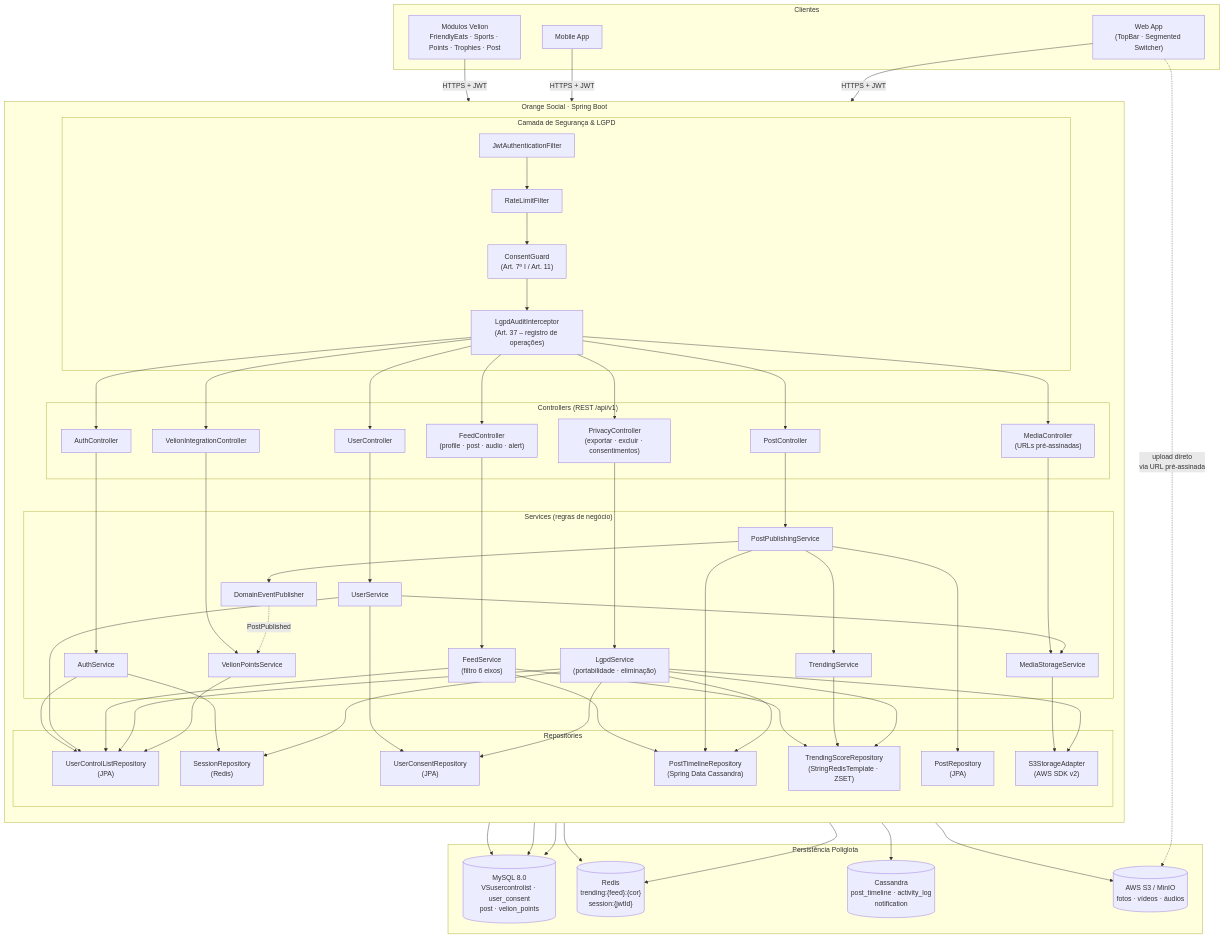
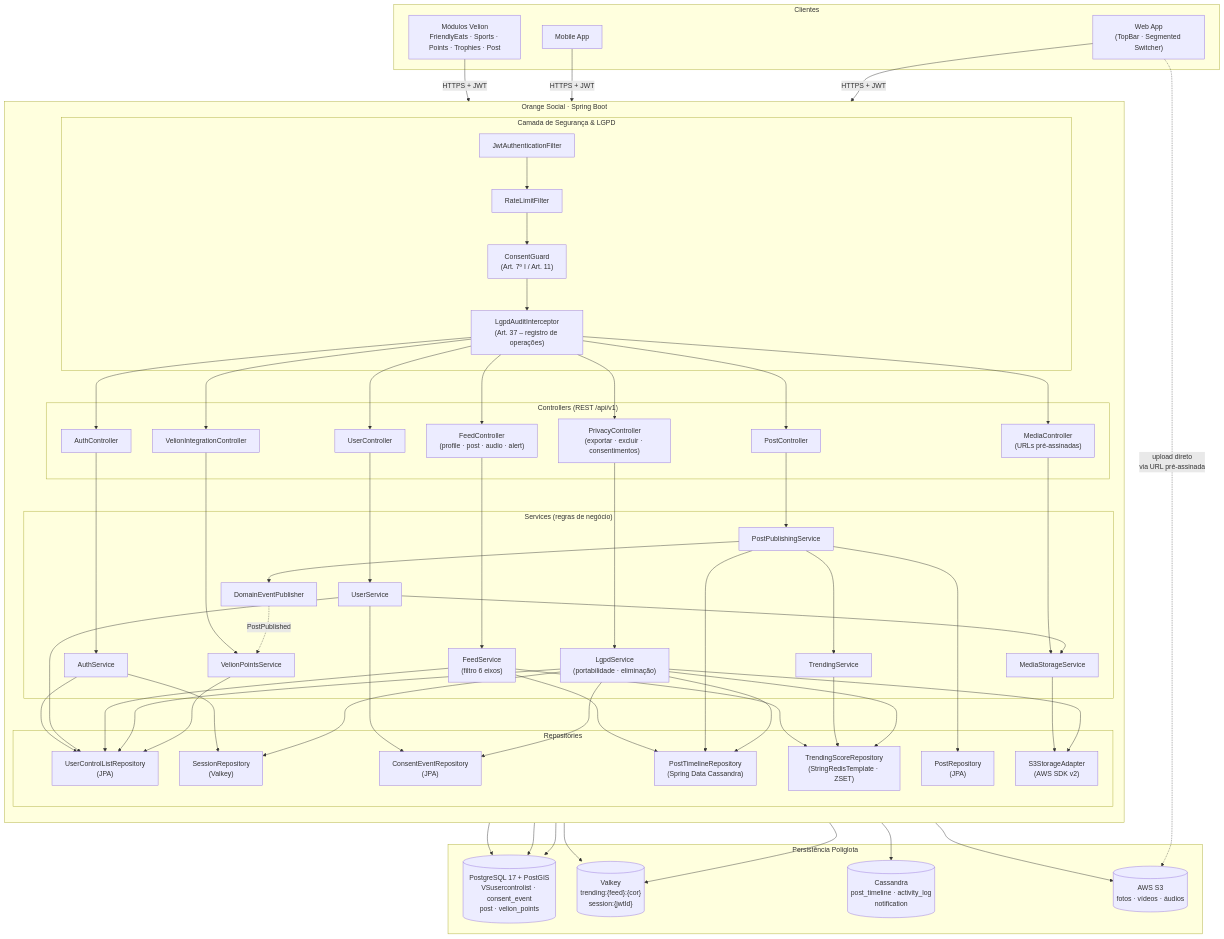
The diagram in docs/DIAGRAMA_COMPONENTES.md (MatheusHaliski/orange_social_velion), drawn with Mermaid before and after one commit. The commit also changed other lines of this file and 15 other files, not shown here.

First line of the commit message:
Migrate to Spring Boot 4.1, PostgreSQL + PostGIS and Valkey; refresh backlog

```diff
--- a/docs/DIAGRAMA_COMPONENTES.md
+++ b/docs/DIAGRAMA_COMPONENTES.md
@@ -44,20 +44,20 @@
 
         subgraph Repositories["Repositories"]
             USERR["UserControlListRepository<br/>(JPA)"]
-            CONSR["UserConsentRepository<br/>(JPA)"]
+            CONSR["ConsentEventRepository<br/>(JPA)"]
             POSTR["PostRepository<br/>(JPA)"]
             TIMER["PostTimelineRepository<br/>(Spring Data Cassandra)"]
             TRENDR["TrendingScoreRepository<br/>(StringRedisTemplate · ZSET)"]
-            SESSR["SessionRepository<br/>(Redis)"]
+            SESSR["SessionRepository<br/>(Valkey)"]
             S3A["S3StorageAdapter<br/>(AWS SDK v2)"]
         end
     end
 
     subgraph Data["Persistência Poliglota"]
-        MYSQL[("MySQL 8.0<br/>VSusercontrolist · user_consent<br/>post · velion_points")]
-        REDIS[("Redis<br/>trending:{feed}:{cor}<br/>session:{jwtId}")]
+        MYSQL[("PostgreSQL 17 + PostGIS<br/>VSusercontrolist · consent_event<br/>post · velion_points")]
+        REDIS[("Valkey<br/>trending:{feed}:{cor}<br/>session:{jwtId}")]
         CASS[("Cassandra<br/>post_timeline · activity_log<br/>notification")]
-        S3[("AWS S3 / MinIO<br/>fotos · vídeos · áudios")]
+        S3[("AWS S3<br/>fotos · vídeos · áudios")]
     end
 
     WEB & MOBILE & VELION -->|HTTPS + JWT| JWT
```
